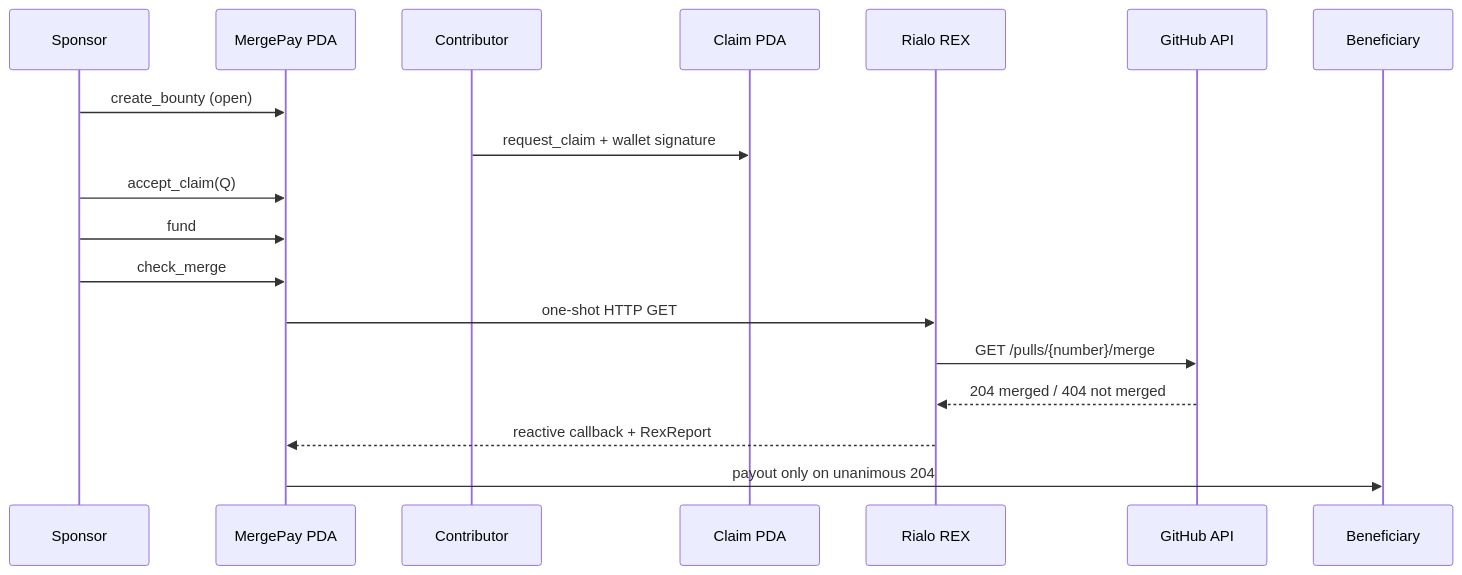
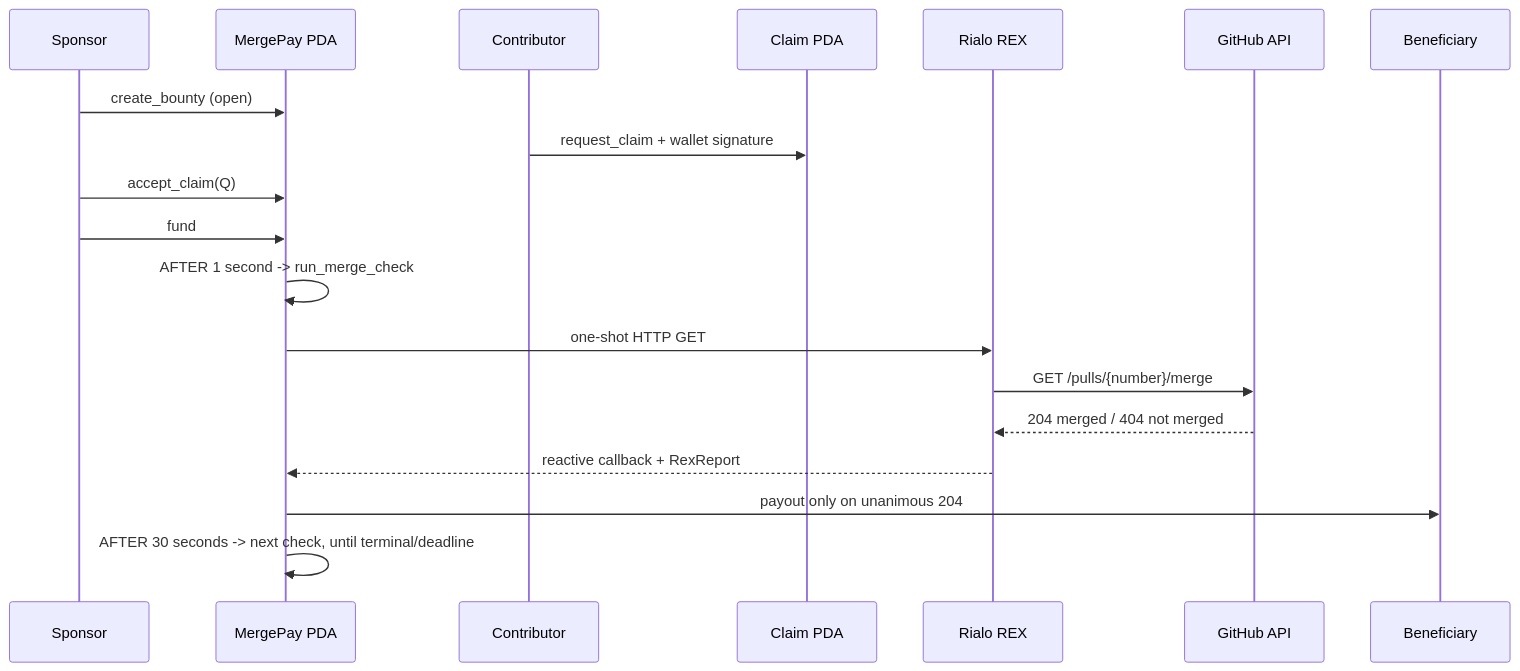
The diagram in README.md (Alice699/mergepay), drawn with Mermaid before and after one commit. The commit also changed other lines of this file and 30 other files, not shown here.

````diff
--- a/README.md
+++ b/README.md
@@ -100,20 +106,21 @@
 ```mermaid
 sequenceDiagram
     participant S as Sponsor
     participant M as MergePay PDA
     participant C as Contributor
     participant Q as Claim PDA
     participant R as Rialo REX
     participant G as GitHub API
     participant B as Beneficiary
     S->>M: create_bounty (open)
     C->>Q: request_claim + wallet signature
     S->>M: accept_claim(Q)
     S->>M: fund
-    S->>M: check_merge
+    M->>M: AFTER 1 second -> run_merge_check
     M->>R: one-shot HTTP GET
     R->>G: GET /pulls/{number}/merge
     G-->>R: 204 merged / 404 not merged
     R-->>M: reactive callback + RexReport
     M->>B: payout only on unanimous 204
+    M->>M: AFTER 30 seconds -> next check, until terminal/deadline
 ```
````
